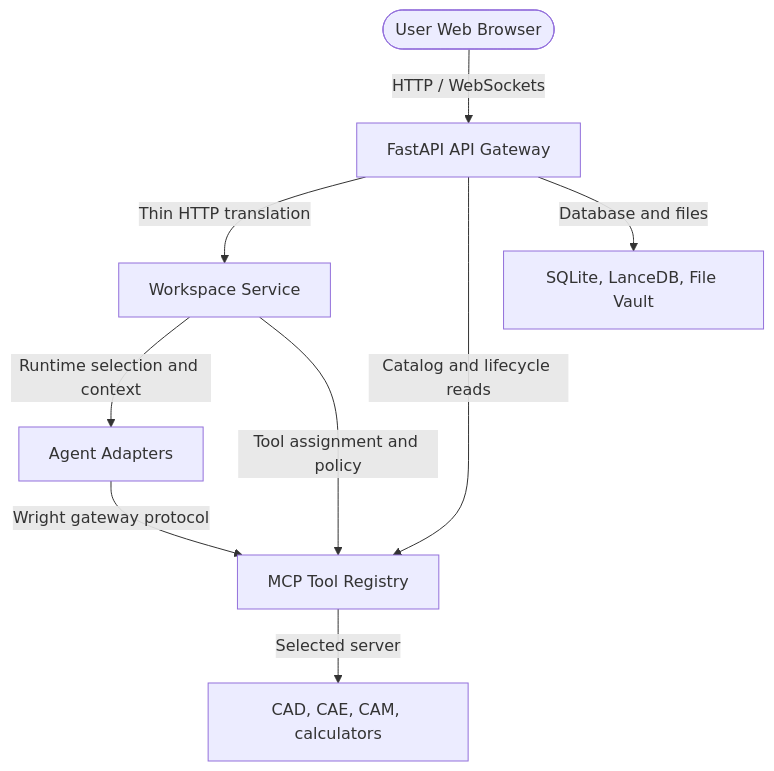
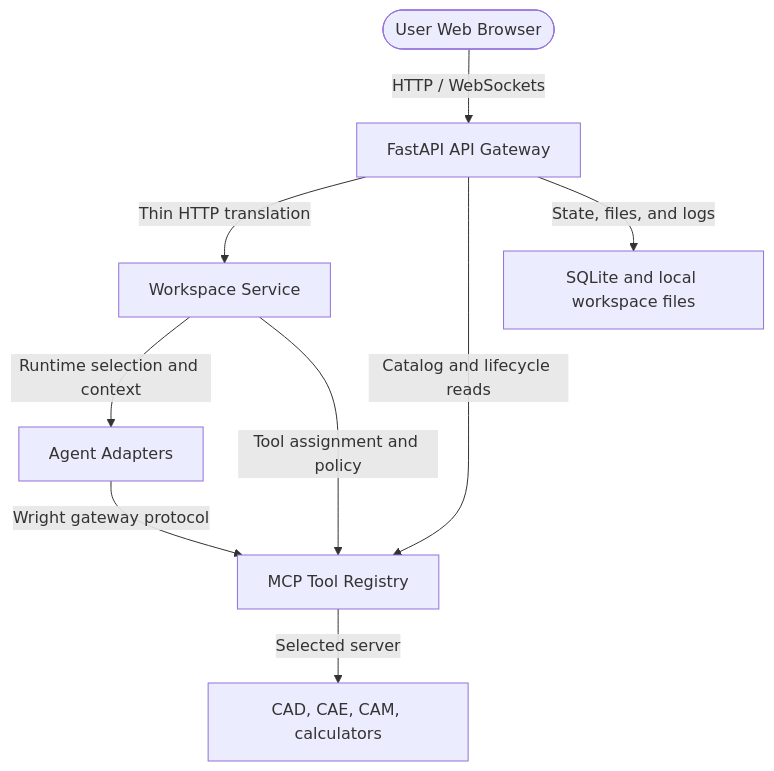
Before and after one commit to burhop/wright: the diagram in README.md, drawn with Mermaid. The commit also changed other lines of this file and 20 other files, not shown here.

````diff
--- a/README.md
+++ b/README.md
@@ -159,11 +161,11 @@
 ```mermaid
 flowchart TD
     User([User Web Browser]) -->|HTTP / WebSockets| API[FastAPI API Gateway]
     API -->|Thin HTTP translation| Workspace[Workspace Service]
     Workspace -->|Runtime selection and context| Agent[Agent Adapters]
     Workspace -->|Tool assignment and policy| MCP[MCP Tool Registry]
     API -->|Catalog and lifecycle reads| MCP
     Agent -->|Wright gateway protocol| MCP
     MCP -->|Selected server| Tools[CAD, CAE, CAM, calculators]
-    API -->|Database and files| Vault[SQLite, LanceDB, File Vault]
+    API -->|State, files, and logs| LocalState[SQLite and local workspace files]
 ```
````
